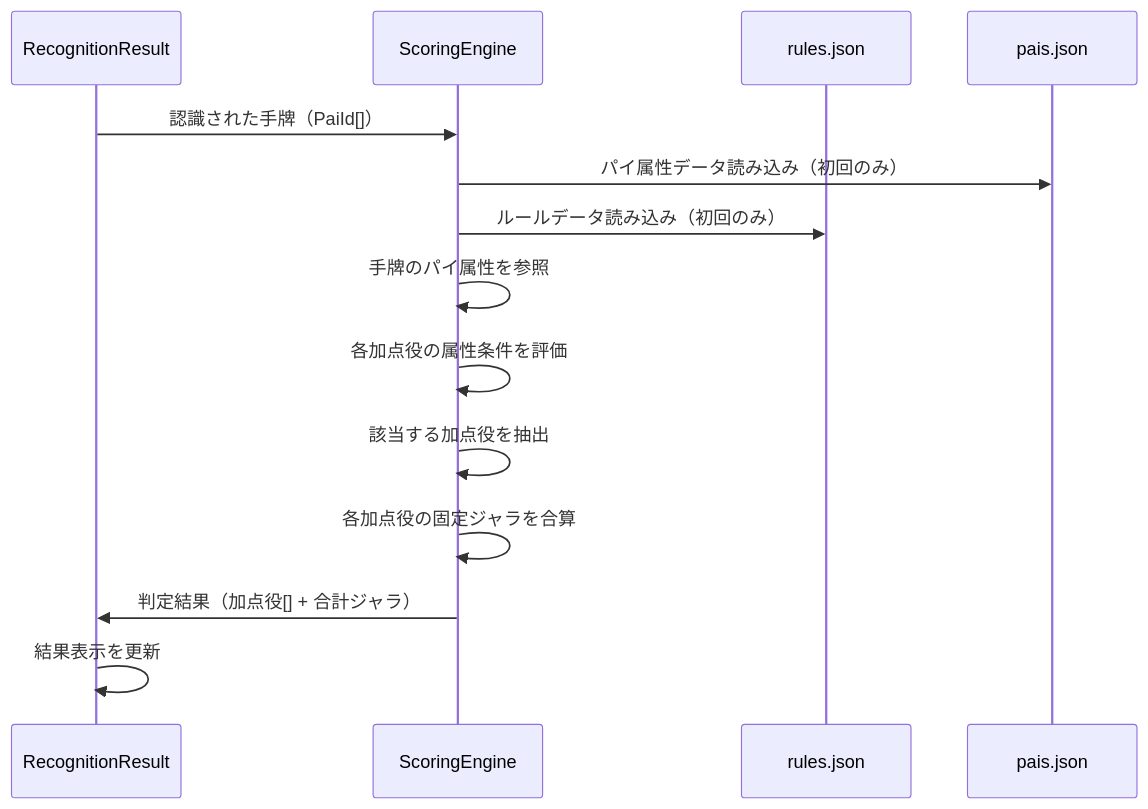
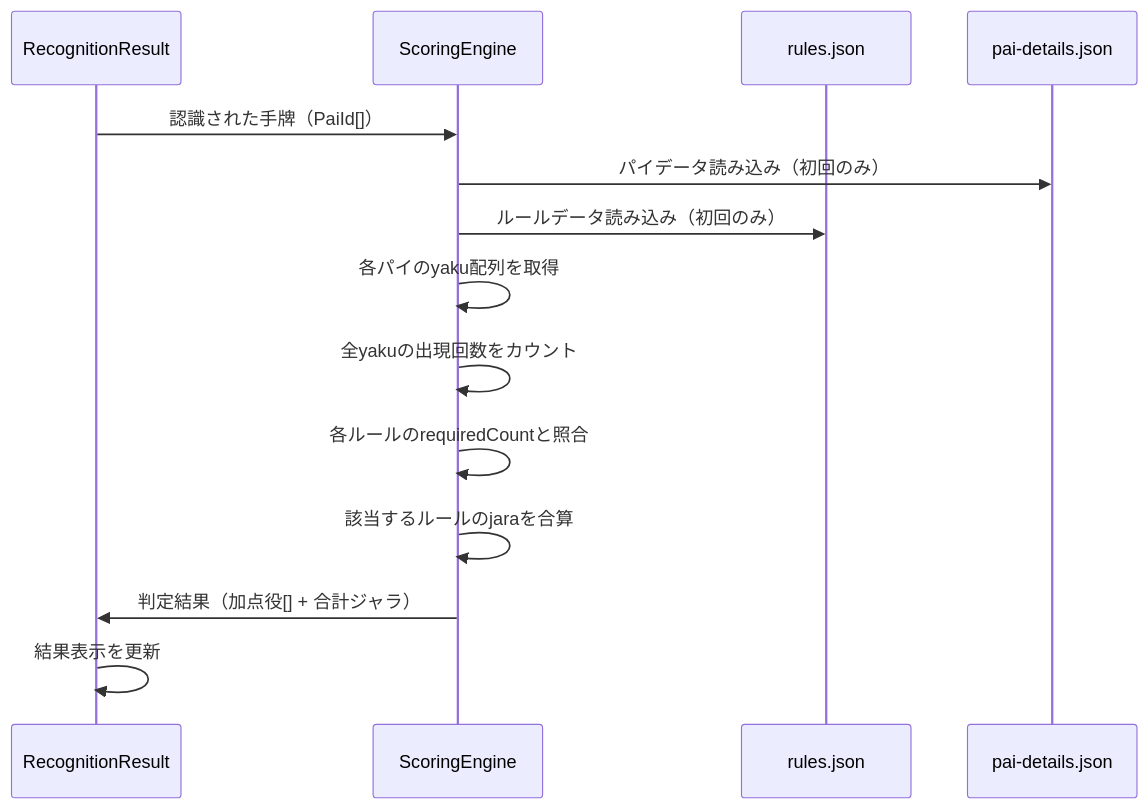
One commit to shokkunrf/nanjara changed the fourth of 10 diagrams in docs/design/pie-recognition/dataflow.md. Above: the diagram before and after it, drawn with Mermaid. The commit also changed other lines of this file and 21 other files, not shown here.

````diff
--- a/docs/design/pie-recognition/dataflow.md
+++ b/docs/design/pie-recognition/dataflow.md
@@ -133,17 +134,17 @@
 ```mermaid
 sequenceDiagram
     participant RR as RecognitionResult
     participant SE as ScoringEngine
     participant Rules as rules.json
-    participant Pais as pais.json
+    participant PaiData as pai-details.json
 
     RR->>SE: 認識された手牌（PaiId[]）
-    SE->>Pais: パイ属性データ読み込み（初回のみ）
+    SE->>PaiData: パイデータ読み込み（初回のみ）
     SE->>Rules: ルールデータ読み込み（初回のみ）
-    SE->>SE: 手牌のパイ属性を参照
-    SE->>SE: 各加点役の属性条件を評価
-    SE->>SE: 該当する加点役を抽出
-    SE->>SE: 各加点役の固定ジャラを合算
+    SE->>SE: 各パイのyaku配列を取得
+    SE->>SE: 全yakuの出現回数をカウント
+    SE->>SE: 各ルールのrequiredCountと照合
+    SE->>SE: 該当するルールのjaraを合算
     SE->>RR: 判定結果（加点役[] + 合計ジャラ）
     RR->>RR: 結果表示を更新
 ```
````
